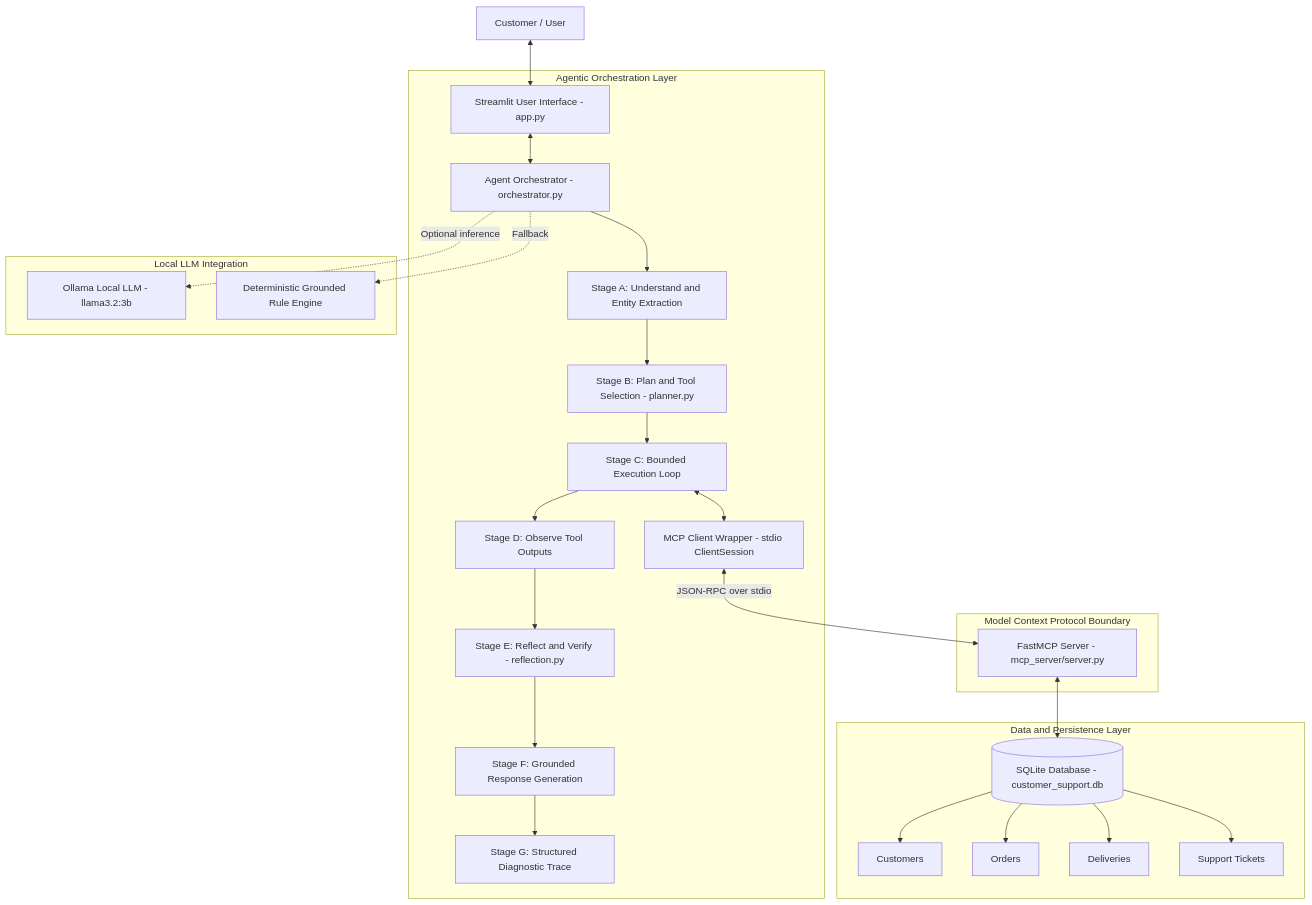
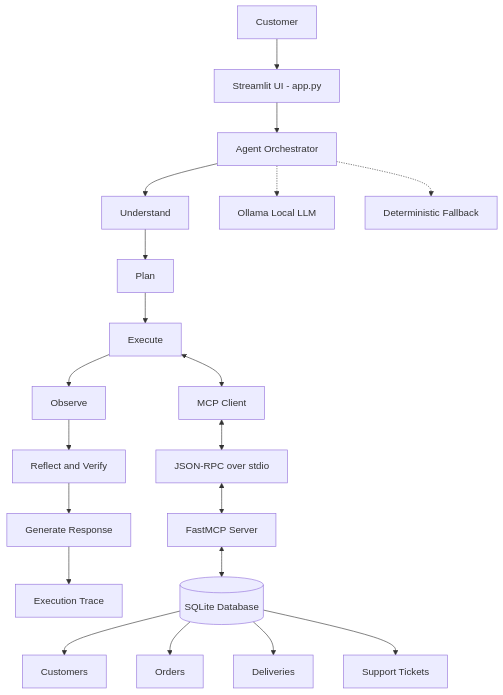
Before and after one commit to Pavanibandi19/AI-Customer-Support-Agent: the diagram in README.md, drawn with Mermaid. The commit also changed other lines of this file, not shown here.

Commit message:
Update system architecture diagram in README

````diff
--- a/README.md
+++ b/README.md
@@ -68,33 +168,26 @@
 ```mermaid
-graph TD
-    User["Customer / User"] <--> UI["Streamlit User Interface - app.py"]
+flowchart TD
+    A[Customer] --> B[Streamlit UI - app.py]
+    B --> C[Agent Orchestrator]
 
-    subgraph Agentic["Agentic Orchestration Layer"]
-        UI <--> Orch["Agent Orchestrator - orchestrator.py"]
-        Orch --> Under["Stage A: Understand and Entity Extraction"]
-        Under --> Plan["Stage B: Plan and Tool Selection - planner.py"]
-        Plan --> Exec["Stage C: Bounded Execution Loop"]
-        Exec <--> MCPClient["MCP Client Wrapper - stdio ClientSession"]
-        Exec --> Obs["Stage D: Observe Tool Outputs"]
-        Obs --> Refl["Stage E: Reflect and Verify - reflection.py"]
-        Refl --> Resp["Stage F: Grounded Response Generation"]
-        Resp --> Trace["Stage G: Structured Diagnostic Trace"]
-    end
+    C --> D[Understand]
+    D --> E[Plan]
+    E --> F[Execute]
+    F --> G[Observe]
+    G --> H[Reflect and Verify]
+    H --> I[Generate Response]
+    I --> J[Execution Trace]
 
-    subgraph MCP["Model Context Protocol Boundary"]
-        MCPClient <-->|JSON-RPC over stdio| MCPServer["FastMCP Server - mcp_server/server.py"]
-    end
+    F <--> K[MCP Client]
+    K <--> T[JSON-RPC over stdio]
+    T <--> L[FastMCP Server]
 
-    subgraph Data["Data and Persistence Layer"]
-        MCPServer <--> DB[("SQLite Database - customer_support.db")]
-        DB --> T1["Customers"]
-        DB --> T2["Orders"]
-        DB --> T3["Deliveries"]
-        DB --> T4["Support Tickets"]
-    end
+    L <--> M[(SQLite Database)]
+    M --> N[Customers]
+    M --> O[Orders]
+    M --> P[Deliveries]
+    M --> Q[Support Tickets]
 
-    subgraph LLM["Local LLM Integration"]
-        Orch -.->|Optional inference| Ollama["Ollama Local LLM - llama3.2:3b"]
-        Orch -.->|Fallback| RuleEngine["Deterministic Grounded Rule Engine"]
-    end
+    C -.-> R[Ollama Local LLM]
+    C -.-> S[Deterministic Fallback]
 ```
````
